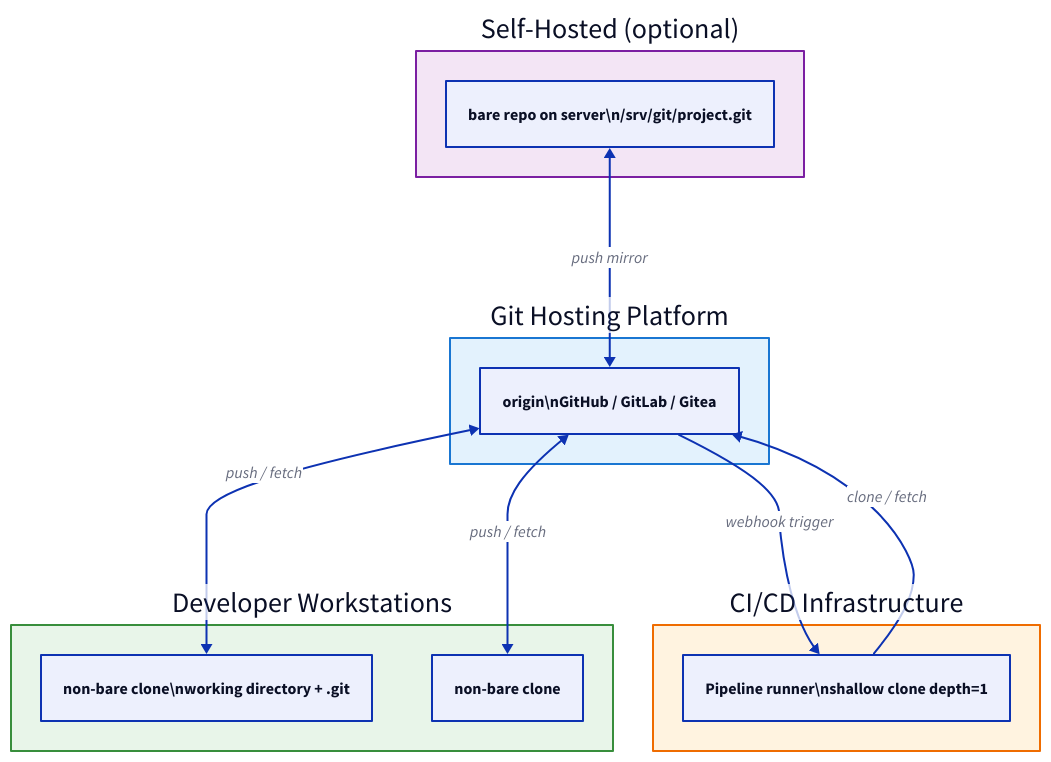
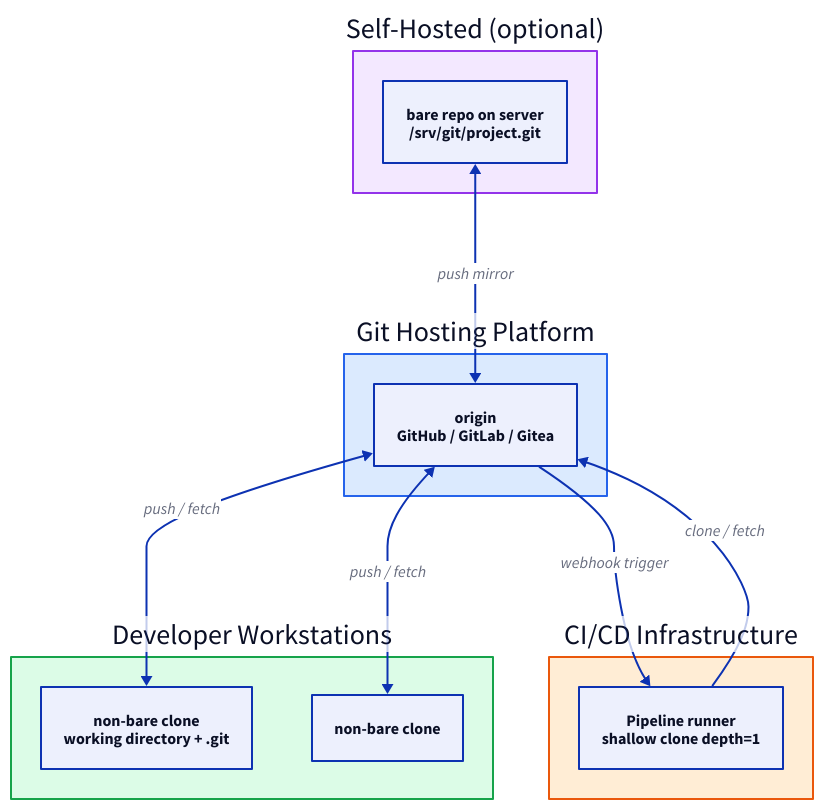
The diagram in docs/git/creating-and-cloning-repositories.md (rebash-rebash/rebash-academy), drawn with D2 before and after one commit. The commit also changed 177 other files, not shown here.

First line of the commit message:
Ship Terraform track, diagram polish, and new brand favicon.

````diff
--- a/docs/git/creating-and-cloning-repositories.md
+++ b/docs/git/creating-and-cloning-repositories.md
@@ -58,38 +58,38 @@
 ```d2
 direction: down
 
 HOSTING: "Git Hosting Platform" {
       style: {
-        fill: "#e3f2fd"
-        stroke: "#1976d2"
+        fill: "#dbeafe"
+        stroke: "#2563eb"
       }
-        REMOTE: "origin\\nGitHub / GitLab / Gitea"
+        REMOTE: "origin\nGitHub / GitLab / Gitea"
     }
     DEV: "Developer Workstations" {
       style: {
-        fill: "#e8f5e9"
-        stroke: "#388e3c"
+        fill: "#dcfce7"
+        stroke: "#16a34a"
       }
-        CLONE1: "non-bare clone\\nworking directory + .git"
+        CLONE1: "non-bare clone\nworking directory + .git"
         CLONE2: "non-bare clone"
     }
     CI: "CI/CD Infrastructure" {
       style: {
-        fill: "#fff3e0"
-        stroke: "#ef6c00"
+        fill: "#ffedd5"
+        stroke: "#ea580c"
       }
-        RUNNER: "Pipeline runner\\nshallow clone depth=1"
+        RUNNER: "Pipeline runner\nshallow clone depth=1"
     }
     SELF: "Self-Hosted (optional)" {
       style: {
-        fill: "#f3e5f5"
-        stroke: "#7b1fa2"
+        fill: "#f3e8ff"
+        stroke: "#9333ea"
       }
-        BARE: "bare repo on server\\n/srv/git/project.git"
+        BARE: "bare repo on server\n/srv/git/project.git"
     }
     HOSTING.REMOTE <-> DEV.CLONE1: "push / fetch"
     HOSTING.REMOTE <-> DEV.CLONE2: "push / fetch"
     HOSTING.REMOTE -> CI.RUNNER: "webhook trigger"
     CI.RUNNER -> HOSTING.REMOTE: "clone / fetch"
     SELF.BARE <-> HOSTING.REMOTE: "push mirror"
 ```
````
